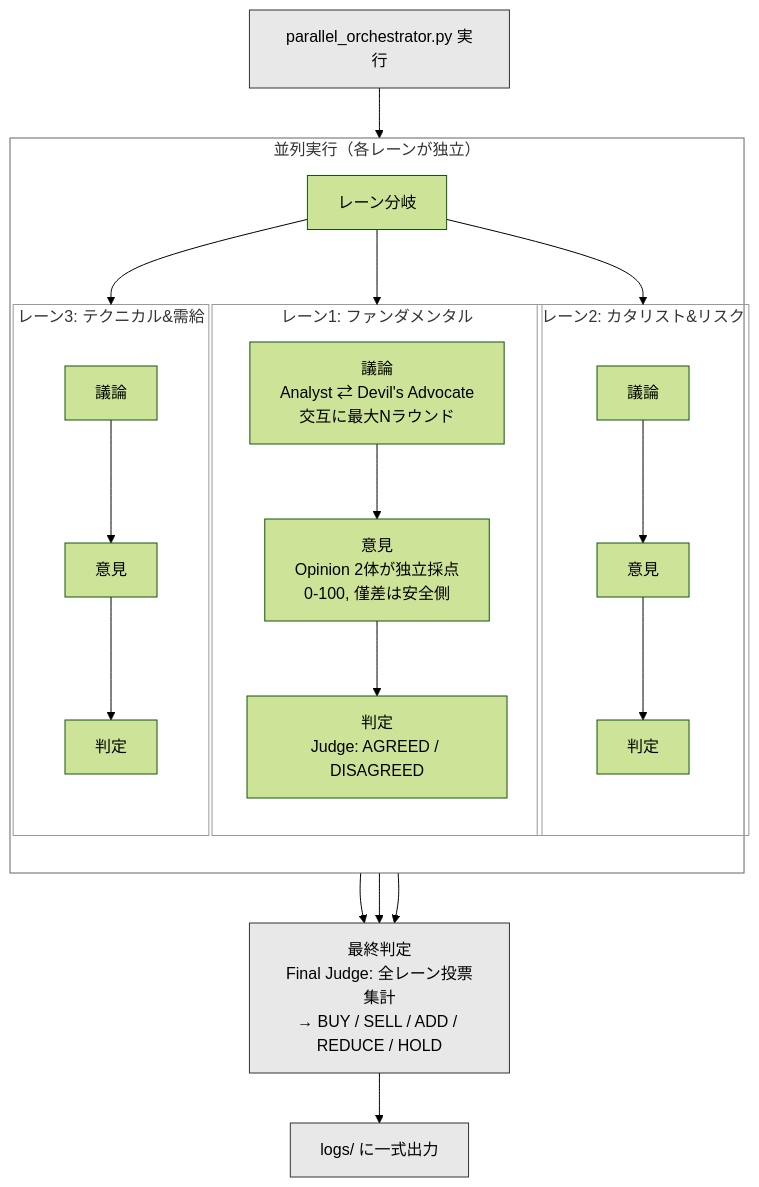
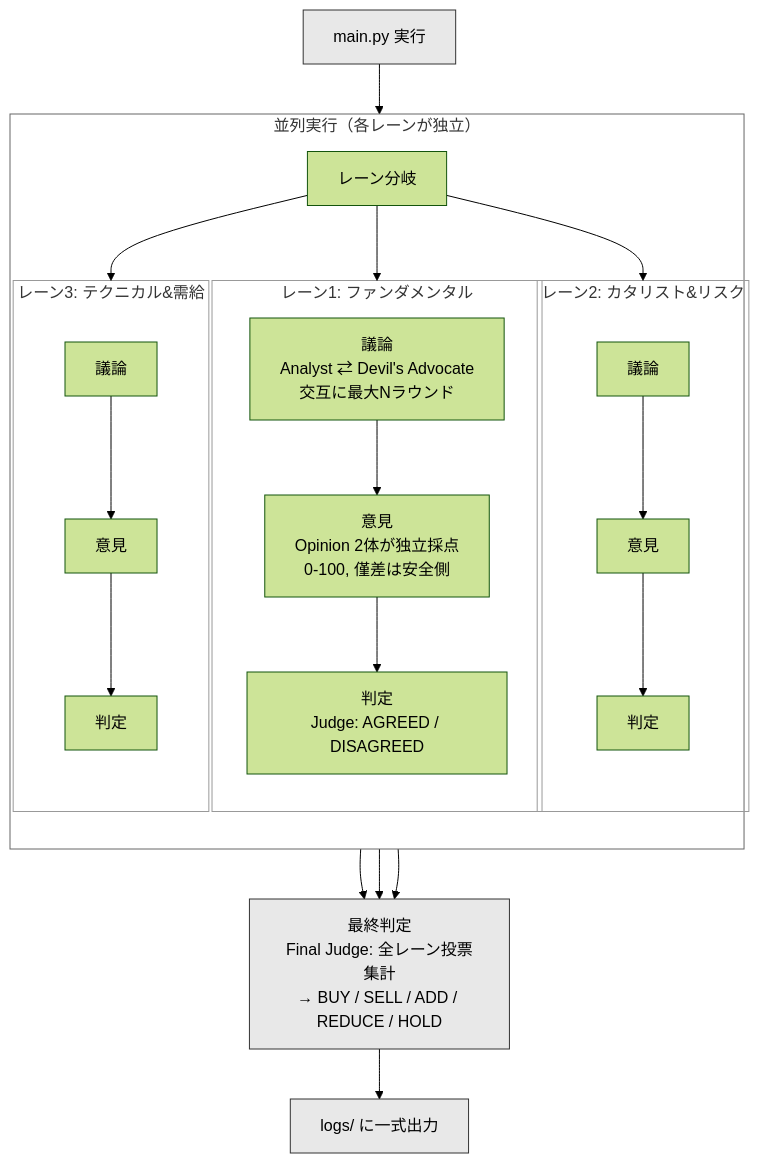
Before and after one commit to oSUiMiNo/Kabu-Trading1: the diagram in Discusion/MyDocs/project-summary.md, drawn with Mermaid (forest theme). The commit also changed other lines of this file and 24 other files, not shown here.

````diff
--- a/Discusion/MyDocs/project-summary.md
+++ b/Discusion/MyDocs/project-summary.md
@@ -21,33 +21,33 @@
 ```mermaid
 flowchart TD
-    START["parallel_orchestrator.py 実行"] --> FORK
+    START["main.py 実行"] --> FORK
 
     subgraph LANES ["並列実行（各レーンが独立）"]
         direction TB
         FORK["レーン分岐"] --> L1 & L2 & L3
 
         subgraph L1 ["レーン1: ファンダメンタル"]
             D1["議論\nAnalyst ⇄ Devil's Advocate\n交互に最大Nラウンド"]
             O1["意見\nOpinion 2体が独立採点\n0-100, 僅差は安全側"]
             J1["判定\nJudge: AGREED / DISAGREED"]
             D1 --> O1 --> J1
         end
         subgraph L2 ["レーン2: カタリスト&リスク"]
             D2["議論"] --> O2["意見"] --> J2["判定"]
         end
         subgraph L3 ["レーン3: テクニカル&需給"]
             D3["議論"] --> O3["意見"] --> J3["判定"]
         end
     end
 
     J1 & J2 & J3 --> FJ["最終判定\nFinal Judge: 全レーン投票集計\n→ BUY / SELL / ADD / REDUCE / HOLD"]
     FJ --> OUT["logs/ に一式出力"]
 
     style LANES fill:transparent,stroke:#666
     style L1 fill:transparent,stroke:#999
     style L2 fill:transparent,stroke:#999
     style L3 fill:transparent,stroke:#999
     style START fill:#e8e8e8,stroke:#333,color:#000
     style FJ fill:#e8e8e8,stroke:#333,color:#000
     style OUT fill:#e8e8e8,stroke:#333,color:#000
 ```
````
